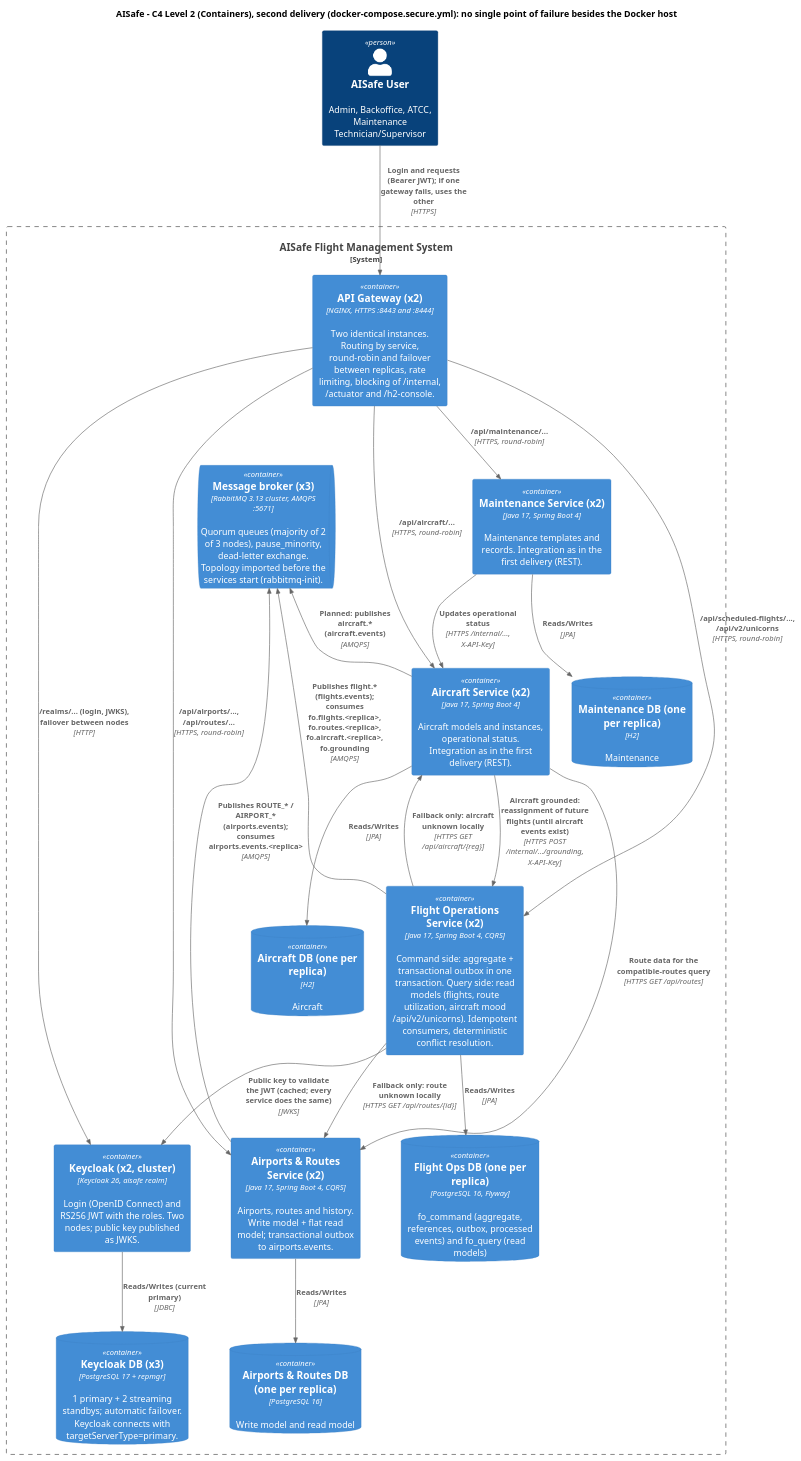
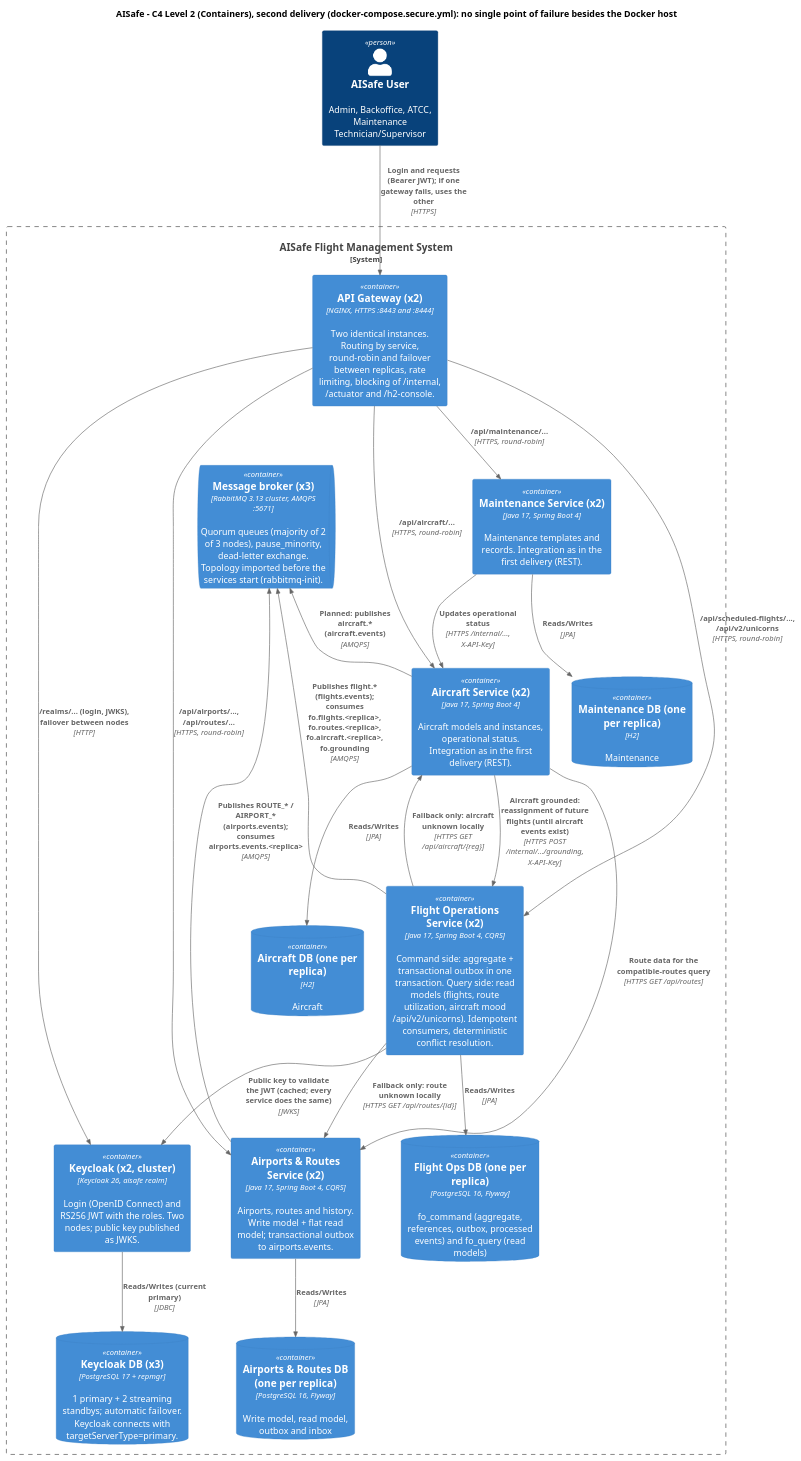
The diagram in docs/SIDIS/E2/c4-container-E2.puml (anamartasilvaa/SIDIG_AI_Safe), drawn with PlantUML before and after one commit. The commit also changed 12 other files, not shown here.

Commit message:
Airports: esquema gerido por Flyway e ddl-auto=none

```diff
--- a/docs/SIDIS/E2/c4-container-E2.puml
+++ b/docs/SIDIS/E2/c4-container-E2.puml
@@ -1,52 +1,52 @@
 @startuml c4-container-p2
 !include <C4/C4_Container>
 LAYOUT_TOP_DOWN()
 
 title AISafe - C4 Level 2 (Containers), second delivery (docker-compose.secure.yml): no single point of failure besides the Docker host
 
 Person(user, "AISafe User", "Admin, Backoffice, ATCC, Maintenance Technician/Supervisor")
 
 System_Boundary(aisafe, "AISafe Flight Management System") {
     Container(gw, "API Gateway (x2)", "NGINX, HTTPS :8443 and :8444", "Two identical instances. Routing by service, round-robin and failover between replicas, rate limiting, blocking of /internal, /actuator and /h2-console.")
     Container(kc, "Keycloak (x2, cluster)", "Keycloak 26, aisafe realm", "Login (OpenID Connect) and RS256 JWT with the roles. Two nodes; public key published as JWKS.")
     ContainerDb(kcdb, "Keycloak DB (x3)", "PostgreSQL 17 + repmgr", "1 primary + 2 streaming standbys; automatic failover. Keycloak connects with targetServerType=primary.")
 
     ContainerQueue(mq, "Message broker (x3)", "RabbitMQ 3.13 cluster, AMQPS :5671", "Quorum queues (majority of 2 of 3 nodes), pause_minority, dead-letter exchange. Topology imported before the services start (rabbitmq-init).")
 
     Container(fo, "Flight Operations Service (x2)", "Java 17, Spring Boot 4, CQRS", "Command side: aggregate + transactional outbox in one transaction. Query side: read models (flights, route utilization, aircraft mood /api/v2/unicorns). Idempotent consumers, deterministic conflict resolution.")
     ContainerDb(fodb, "Flight Ops DB (one per replica)", "PostgreSQL 16, Flyway", "fo_command (aggregate, references, outbox, processed events) and fo_query (read models)")
 
     Container(ar, "Airports & Routes Service (x2)", "Java 17, Spring Boot 4, CQRS", "Airports, routes and history. Write model + flat read model; transactional outbox to airports.events.")
-    ContainerDb(ardb, "Airports & Routes DB (one per replica)", "PostgreSQL 16", "Write model and read model")
+    ContainerDb(ardb, "Airports & Routes DB (one per replica)", "PostgreSQL 16, Flyway", "Write model, read model, outbox and inbox")
 
     Container(ac, "Aircraft Service (x2)", "Java 17, Spring Boot 4", "Aircraft models and instances, operational status. Integration as in the first delivery (REST).")
     ContainerDb(acdb, "Aircraft DB (one per replica)", "H2", "Aircraft")
     Container(mt, "Maintenance Service (x2)", "Java 17, Spring Boot 4", "Maintenance templates and records. Integration as in the first delivery (REST).")
     ContainerDb(mtdb, "Maintenance DB (one per replica)", "H2", "Maintenance")
 }
 
 Rel(user, gw, "Login and requests (Bearer JWT); if one gateway fails, uses the other", "HTTPS")
 Rel(gw, kc, "/realms/... (login, JWKS), failover between nodes", "HTTP")
 Rel(kc, kcdb, "Reads/Writes (current primary)", "JDBC")
 Rel(gw, fo, "/api/scheduled-flights/..., /api/v2/unicorns", "HTTPS, round-robin")
 Rel(gw, ar, "/api/airports/..., /api/routes/...", "HTTPS, round-robin")
 Rel(gw, ac, "/api/aircraft/...", "HTTPS, round-robin")
 Rel(gw, mt, "/api/maintenance/...", "HTTPS, round-robin")
 
 Rel(fo, mq, "Publishes flight.* (flights.events); consumes fo.flights.<replica>, fo.routes.<replica>, fo.aircraft.<replica>, fo.grounding", "AMQPS")
 Rel(ar, mq, "Publishes ROUTE_* / AIRPORT_* (airports.events); consumes airports.events.<replica>", "AMQPS")
 Rel_U(ac, mq, "Planned: publishes aircraft.* (aircraft.events)", "AMQPS")
 
 Rel(fo, ac, "Fallback only: aircraft unknown locally", "HTTPS GET /api/aircraft/{reg}")
 Rel(fo, ar, "Fallback only: route unknown locally", "HTTPS GET /api/routes/{id}")
 Rel(ac, fo, "Aircraft grounded: reassignment of future flights (until aircraft events exist)", "HTTPS POST /internal/.../grounding, X-API-Key")
 Rel(mt, ac, "Updates operational status", "HTTPS /internal/..., X-API-Key")
 Rel(ac, ar, "Route data for the compatible-routes query", "HTTPS GET /api/routes")
 Rel(fo, kc, "Public key to validate the JWT (cached; every service does the same)", "JWKS")
 
 Rel(fo, fodb, "Reads/Writes", "JPA")
 Rel(ar, ardb, "Reads/Writes", "JPA")
 Rel(ac, acdb, "Reads/Writes", "JPA")
 Rel(mt, mtdb, "Reads/Writes", "JPA")
 
 @enduml
```
